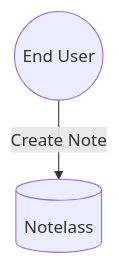
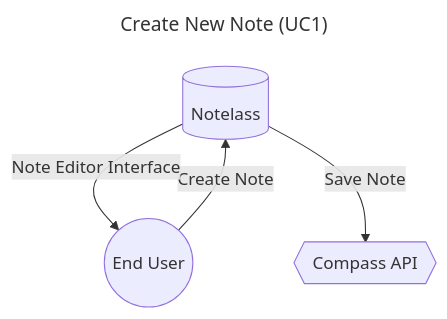
One commit to idkfelix/year12 changed the first of 3 diagrams in SoftDev/SAT1/SRS.md. Above: the diagram before and after it, drawn with Mermaid. The commit also changed other lines of this file and 1 other file, not shown here.

````diff
--- a/SoftDev/SAT1/SRS.md
+++ b/SoftDev/SAT1/SRS.md
@@ -89,6 +90,14 @@
 ```mermaid
+---
+title: Create New Note (UC1)
+---
 flowchart  
 direction LR  
-	start[(Notelass)]
-	user((End User)) -- Create Note --> start
+	server[(Notelass)]
+	user((End User))
+	compass{{Compass API}}
+	
+	user -- Create Note --> server
+	server -- Note Editor Interface --> user
+	server -- Save Note --> compass
 ```
````
